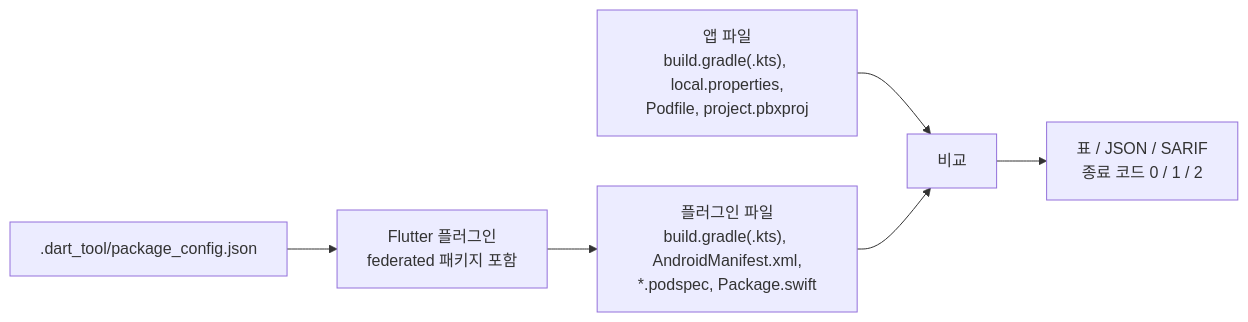
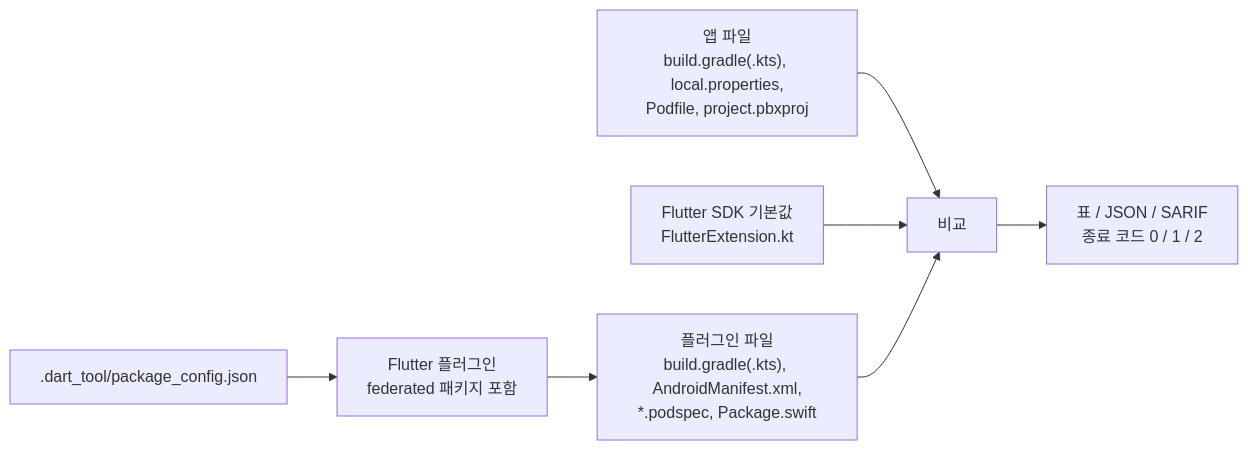
The diagram in README.ko.md (LeeGyeongPil/pluginfloor), drawn with Mermaid before and after one commit. The commit also changed other lines of this file and 1 other file, not shown here.

Commit message:
docs(readme): describe automatic SDK default reading

````diff
--- a/README.ko.md
+++ b/README.ko.md
@@ -203,8 +202,9 @@
 ```mermaid
 flowchart LR
   A[".dart_tool/package_config.json"] --> B["Flutter 플러그인<br/>federated 패키지 포함"]
   B --> C["플러그인 파일<br/>build.gradle(.kts), AndroidManifest.xml,<br/>*.podspec, Package.swift"]
   D["앱 파일<br/>build.gradle(.kts), local.properties,<br/>Podfile, project.pbxproj"] --> E["비교"]
+  S["Flutter SDK 기본값<br/>FlutterExtension.kt"] --> E
   C --> E
   E --> F["표 / JSON / SARIF<br/>종료 코드 0 / 1 / 2"]
 ```
````
